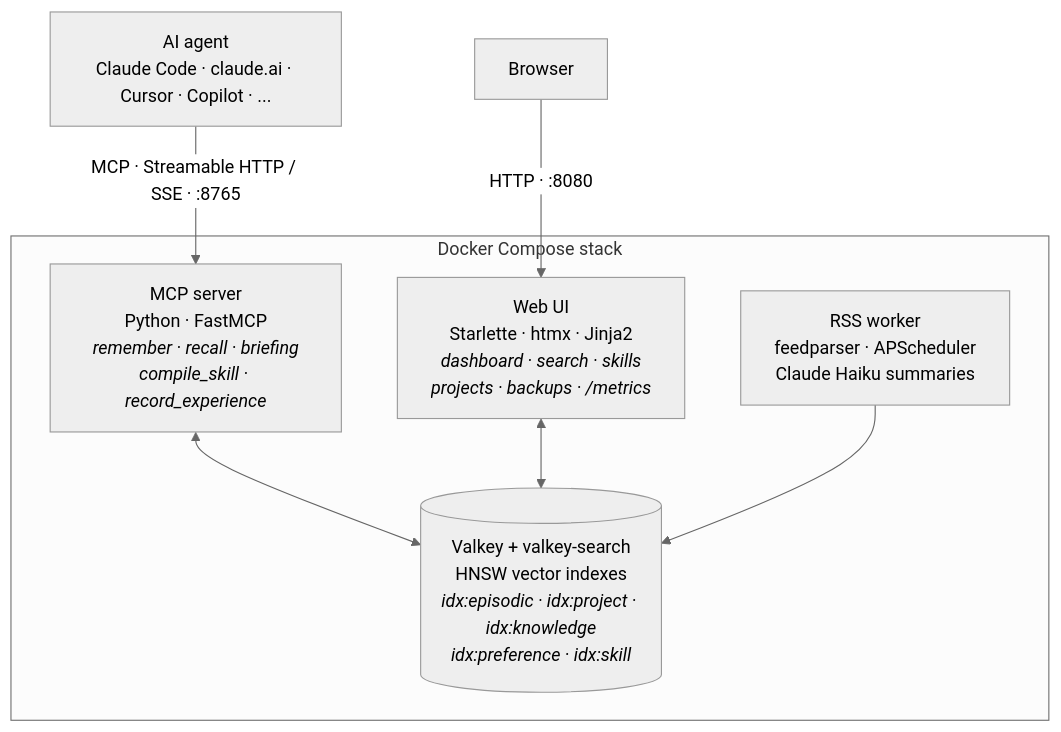
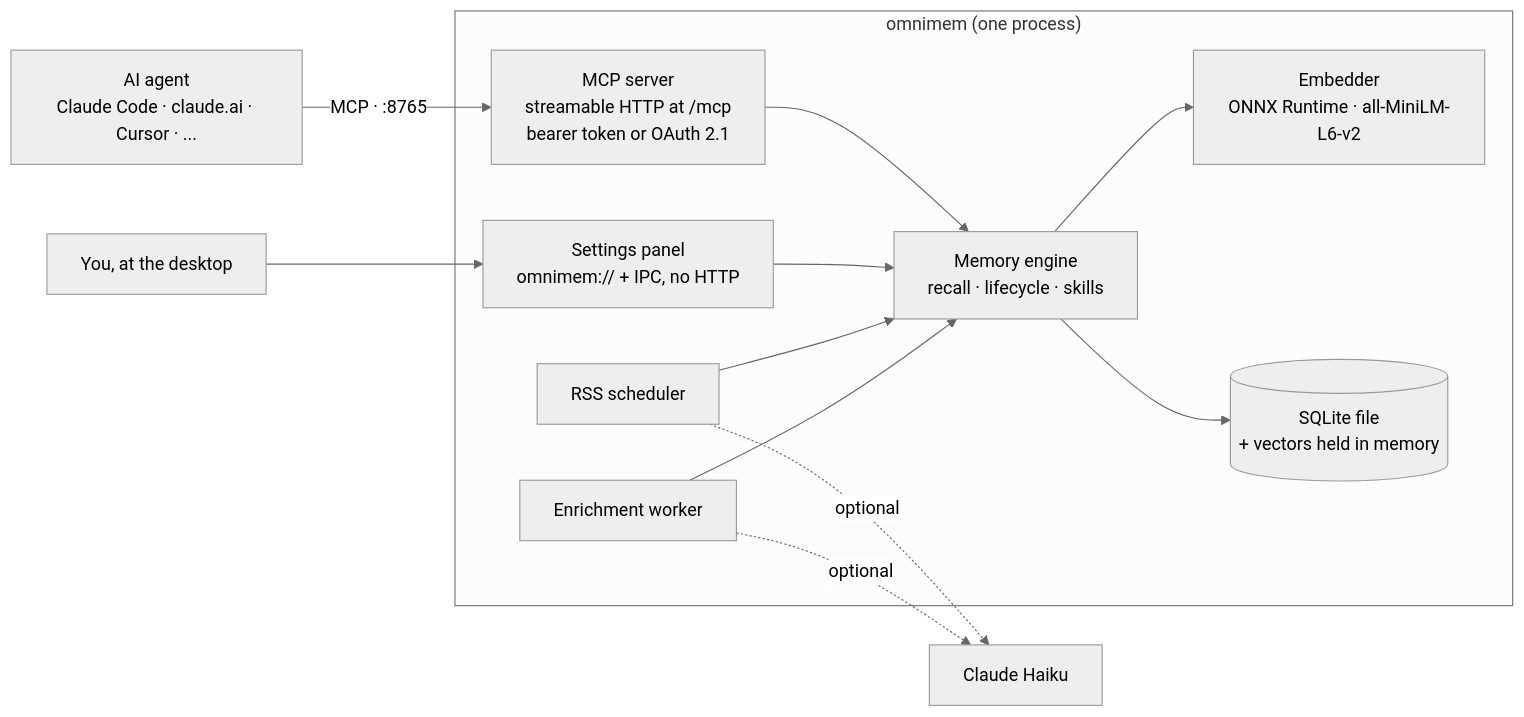
The first of 2 diagrams in docs/architecture.md (richarvey/OmniMem), drawn with Mermaid (neutral theme) before and after one commit. The commit also changed other lines of this file and 270 other files, not shown here.

````diff
--- a/docs/architecture.md
+++ b/docs/architecture.md
@@ -5,19 +7,26 @@
 ```mermaid
-flowchart TB
-    agent["AI agent<br/>Claude Code · claude.ai · Cursor · Copilot · ..."]
-    browser["Browser"]
+flowchart LR
+    agent["AI agent<br/>Claude Code · claude.ai · Cursor · ..."]
+    user["You, at the desktop"]
 
-    agent -- "MCP · Streamable HTTP / SSE · :8765" --> mcp
-    browser -- "HTTP · :8080" --> webui
+    subgraph omnimem["omnimem (one process)"]
+        mcp["MCP server<br/>streamable HTTP at /mcp<br/>bearer token or OAuth 2.1"]
+        panel["Settings panel<br/>omnimem:// + IPC, no HTTP"]
+        rss["RSS scheduler"]
+        enrich["Enrichment worker"]
+        engine["Memory engine<br/>recall · lifecycle · skills"]
+        embed["Embedder<br/>ONNX Runtime · all-MiniLM-L6-v2"]
+        store[("SQLite file<br/>+ vectors held in memory")]
+    end
 
-    subgraph stack["Docker Compose stack"]
-        mcp["MCP server<br/>Python · FastMCP<br/><i>remember · recall · briefing<br/>compile_skill · record_experience</i>"]
-        webui["Web UI<br/>Starlette · htmx · Jinja2<br/><i>dashboard · search · skills<br/>projects · backups · /metrics</i>"]
-        rss["RSS worker<br/>feedparser · APScheduler<br/>Claude Haiku summaries"]
-        valkey[("Valkey + valkey-search<br/>HNSW vector indexes<br/><i>idx:episodic · idx:project · idx:knowledge<br/>idx:preference · idx:skill</i>")]
-
-        mcp <--> valkey
-        webui <--> valkey
-        rss --> valkey
-    end
+    agent -- "MCP · :8765" --> mcp
+    user --> panel
+    mcp --> engine
+    panel --> engine
+    rss --> engine
+    enrich --> engine
+    engine --> embed
+    engine --> store
+    rss -. "optional" .-> haiku["Claude Haiku"]
+    enrich -. "optional" .-> haiku
 ```
````
